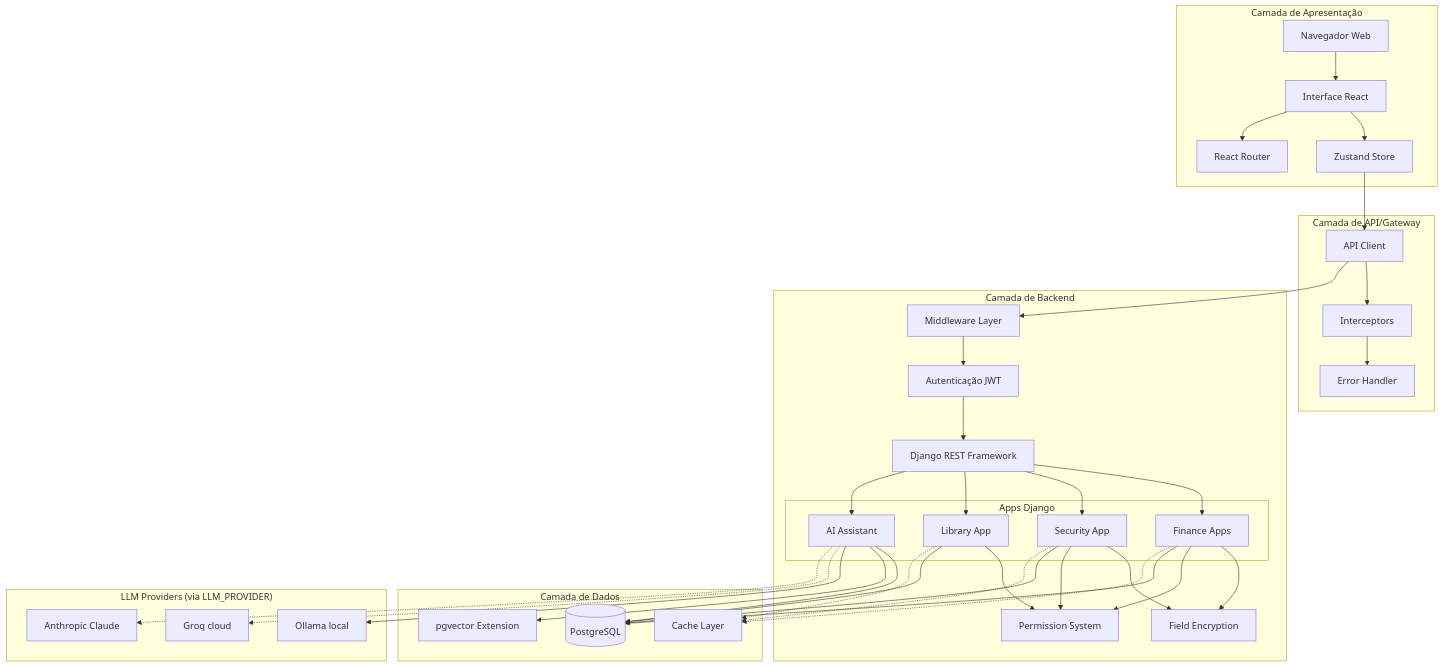
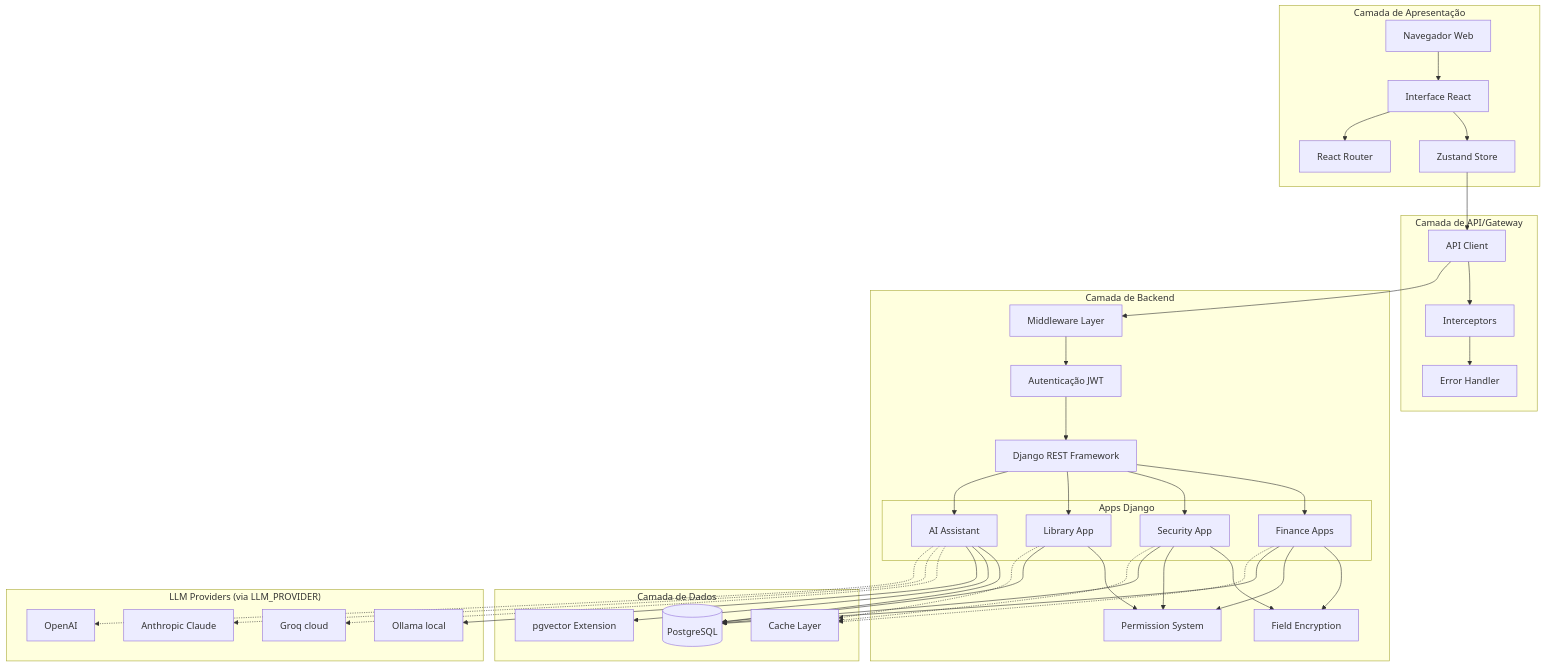
Before and after one commit to tarcisioribeiro/Axiom: the first of 2 diagrams in documentation/architecture/overview.md, drawn with Mermaid. The commit also changed other lines of this file and 3 other files, not shown here.

Commit message:
docs/update-architecture-and-readme

````diff
--- a/documentation/architecture/overview.md
+++ b/documentation/architecture/overview.md
@@ -11,79 +11,81 @@
 ```mermaid
 graph TB
     subgraph "Camada de Apresentação"
         Browser[Navegador Web]
         UI[Interface React]
         Store[Zustand Store]
         Router[React Router]
     end
 
     subgraph "Camada de API/Gateway"
         APIClient[API Client]
         Interceptors[Interceptors]
         ErrorHandler[Error Handler]
     end
 
     subgraph "Camada de Backend"
         Middleware[Middleware Layer]
         Auth[Autenticação JWT]
         DRF[Django REST Framework]
 
         subgraph "Apps Django"
             Finance[Finance Apps]
             Security[Security App]
             Library[Library App]
             AI[AI Assistant]
         end
 
         Encryption[Field Encryption]
         Permissions[Permission System]
     end
 
     subgraph "Camada de Dados"
         PostgreSQL[(PostgreSQL)]
         PGVector[pgvector Extension]
         Cache[Cache Layer]
     end
 
     subgraph "LLM Providers (via LLM_PROVIDER)"
         Ollama[Ollama local]
         Groq[Groq cloud]
         Anthropic[Anthropic Claude]
+        OpenAI[OpenAI]
     end
 
     Browser --> UI
     UI --> Store
     UI --> Router
     Store --> APIClient
     APIClient --> Interceptors
     Interceptors --> ErrorHandler
 
     APIClient --> Middleware
     Middleware --> Auth
     Auth --> DRF
 
     DRF --> Finance
     DRF --> Security
     DRF --> Library
     DRF --> AI
 
     Finance --> Encryption
     Security --> Encryption
     Finance --> Permissions
     Security --> Permissions
     Library --> Permissions
 
     Finance --> PostgreSQL
     Security --> PostgreSQL
     Library --> PostgreSQL
     AI --> PostgreSQL
     AI --> PGVector
 
     Finance -.-> Cache
     Security -.-> Cache
     Library -.-> Cache
 
     AI --> Ollama
     AI -.-> Groq
     AI -.-> Anthropic
+    AI -.-> OpenAI
 ```
````
